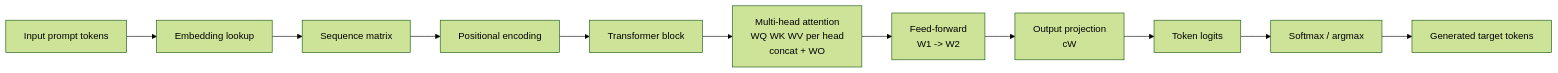
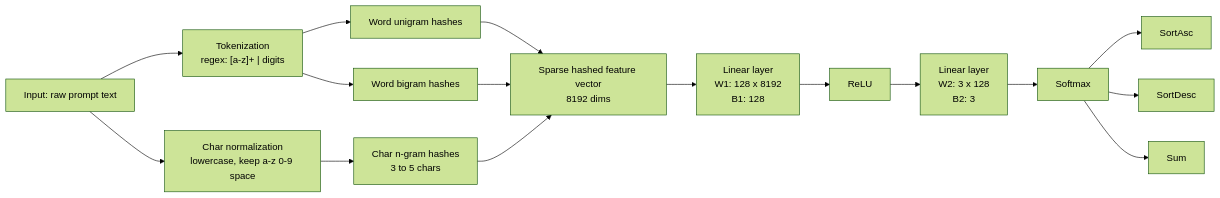
Before and after one commit to juanpablocruz/attention: the second of 3 diagrams in README.md, drawn with Mermaid (forest theme). The commit also changed other lines of this file, not shown here.

````diff
--- a/README.md
+++ b/README.md
@@ -30,15 +64,22 @@
 ```mermaid
 flowchart LR
-    A["Input prompt tokens"] --> B["Embedding lookup"]
-    B --> C["Sequence matrix"]
-    C --> D["Positional encoding"]
-    D --> E["Transformer block"]
+    A["Input: raw prompt text"] --> B["Tokenization<br/>regex: [a-z]+ | digits"]
+    A --> C["Char normalization<br/>lowercase, keep a-z 0-9 space"]
 
-    E --> E1["Multi-head attention<br/>WQ WK WV per head<br/>concat + WO"]
-    E1 --> E2["Feed-forward<br/>W1 -> W2"]
+    B --> D["Word unigram hashes"]
+    B --> E["Word bigram hashes"]
+    C --> F["Char n-gram hashes<br/>3 to 5 chars"]
 
-    E2 --> F["Output projection<br/>cW"]
-    F --> G["Token logits"]
-    G --> H["Softmax / argmax"]
-    H --> I["Generated target tokens"]
+    D --> G["Sparse hashed feature vector<br/>8192 dims"]
+    E --> G
+    F --> G
+
+    G --> H["Linear layer<br/>W1: 128 x 8192<br/>B1: 128"]
+    H --> I["ReLU"]
+    I --> J["Linear layer<br/>W2: 3 x 128<br/>B2: 3"]
+    J --> K["Softmax"]
+
+    K --> L["SortAsc"]
+    K --> M["SortDesc"]
+    K --> N["Sum"]
 ```
````
